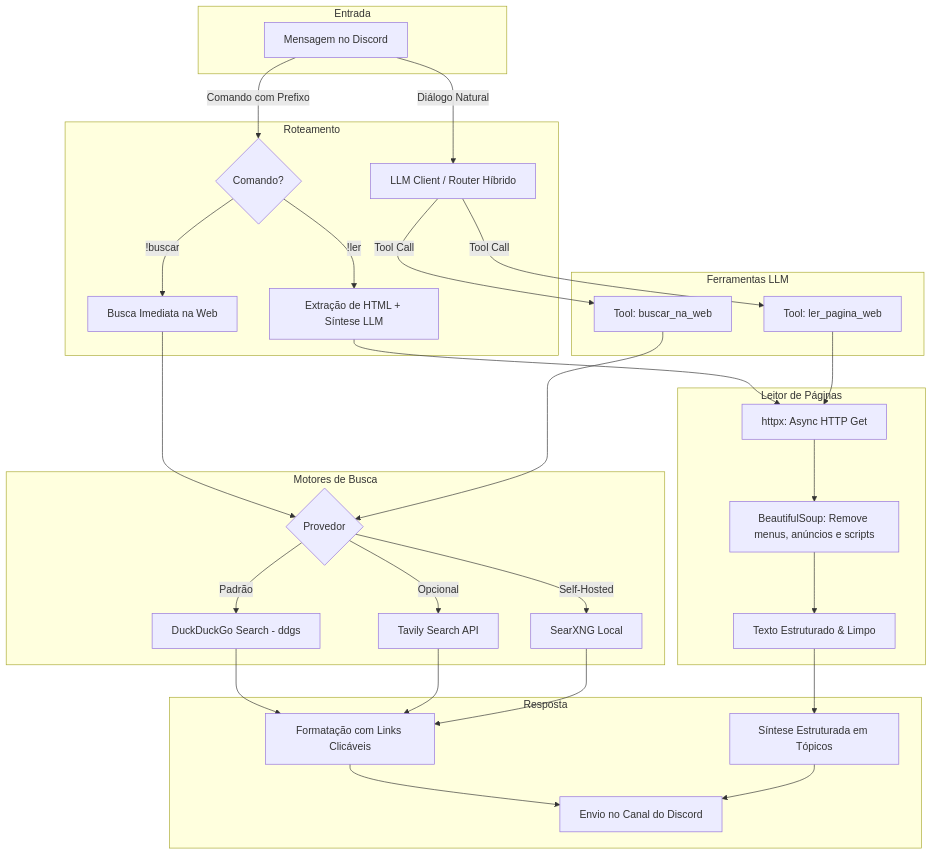
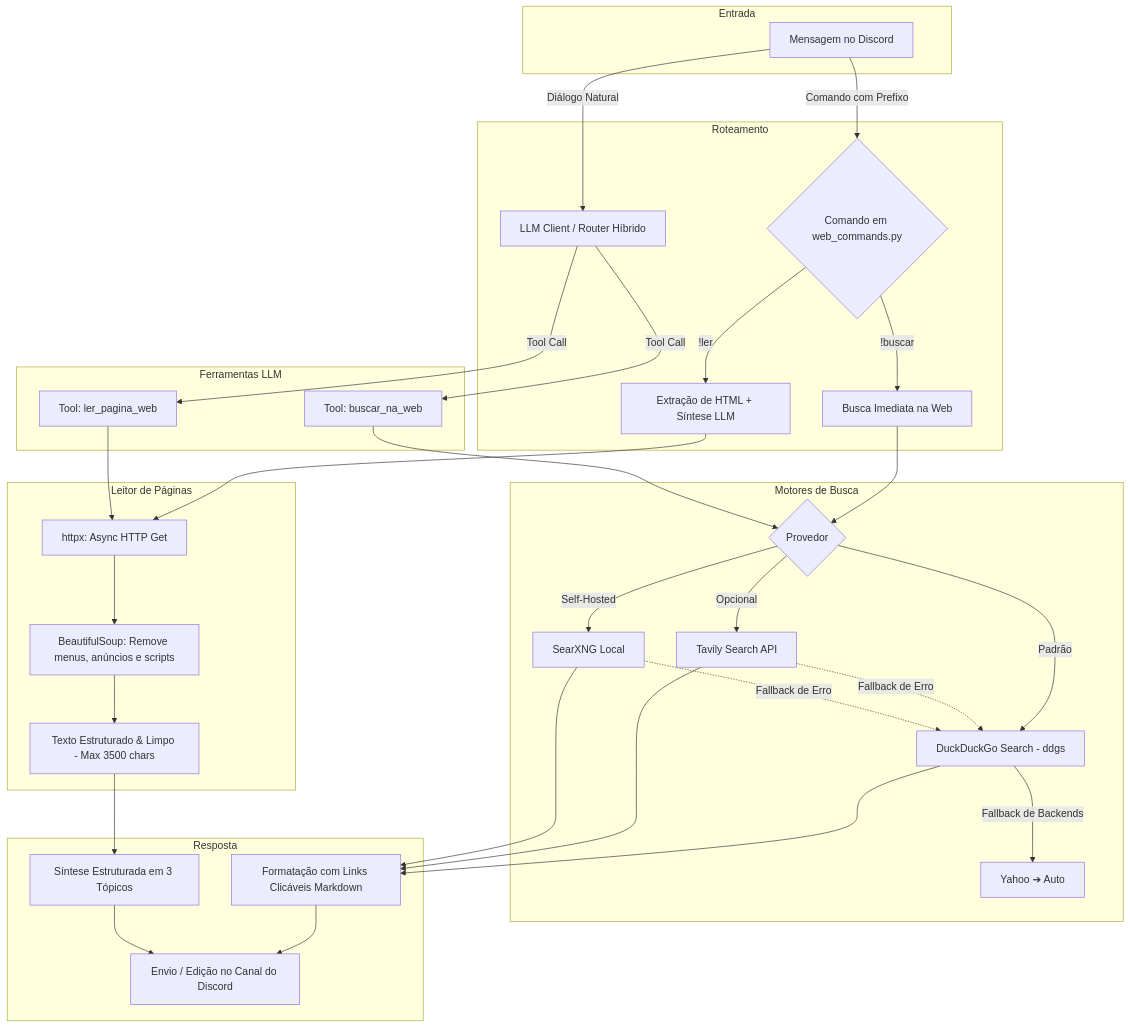
One commit to rseibtmodel/agentes_ufg changed the diagram in discord/SPECs/modulos_visiveis/11_PESQUISA_WEB_E_BROWSING.md. Above: the diagram before and after it, drawn with Mermaid. The commit also changed other lines of this file and 114 other files, not shown here.

````diff
--- a/discord/SPECs/modulos_visiveis/11_PESQUISA_WEB_E_BROWSING.md
+++ b/discord/SPECs/modulos_visiveis/11_PESQUISA_WEB_E_BROWSING.md
@@ -21,37 +36,40 @@
 ```mermaid
 flowchart TD
     subgraph Entrada
         UserMsg[Mensagem no Discord]
     end
 
     subgraph Roteamento
-        UserMsg -->|Comando com Prefixo| CmdRouter{Comando?}
+        UserMsg -->|Comando com Prefixo| CmdRouter{Comando em web_commands.py}
         CmdRouter -->|!buscar <query>| DirectSearch[Busca Imediata na Web]
         CmdRouter -->|!ler <url>| DirectScrape[Extração de HTML + Síntese LLM]
         UserMsg -->|Diálogo Natural| LLMClient[LLM Client / Router Híbrido]
     end
 
     subgraph Ferramentas LLM
         LLMClient -->|Tool Call| ToolBusca[Tool: buscar_na_web]
         LLMClient -->|Tool Call| ToolLeitura[Tool: ler_pagina_web]
     end
 
     subgraph Motores de Busca
         DirectSearch & ToolBusca --> EngineSelector{Provedor}
         EngineSelector -->|Padrão| DDGS[DuckDuckGo Search - ddgs]
+        DDGS -->|Fallback de Backends| DDGRetry["Yahoo ➔ Auto"]
         EngineSelector -->|Opcional| Tavily[Tavily Search API]
         EngineSelector -->|Self-Hosted| SearXNG[SearXNG Local]
+        Tavily -.->|Fallback de Erro| DDGS
+        SearXNG -.->|Fallback de Erro| DDGS
     end
 
     subgraph Leitor de Páginas
         DirectScrape & ToolLeitura --> PageFetcher[httpx: Async HTTP Get]
         PageFetcher --> CleanParser[BeautifulSoup: Remove menus, anúncios e scripts]
-        CleanParser --> SanitizedText[Texto Estruturado & Limpo]
+        CleanParser --> SanitizedText[Texto Estruturado & Limpo - Max 3500 chars]
     end
 
     subgraph Resposta
-        DDGS & Tavily & SearXNG --> FormatterDiscord[Formatação com Links Clicáveis]
-        SanitizedText --> LLMSummarizer[Síntese Estruturada em Tópicos]
-        FormatterDiscord & LLMSummarizer --> DiscordChannel[Envio no Canal do Discord]
+        DDGS & Tavily & SearXNG --> FormatterDiscord[Formatação com Links Clicáveis Markdown]
+        SanitizedText --> LLMSummarizer[Síntese Estruturada em 3 Tópicos]
+        FormatterDiscord & LLMSummarizer --> DiscordChannel[Envio / Edição no Canal do Discord]
     end
 ```
````
